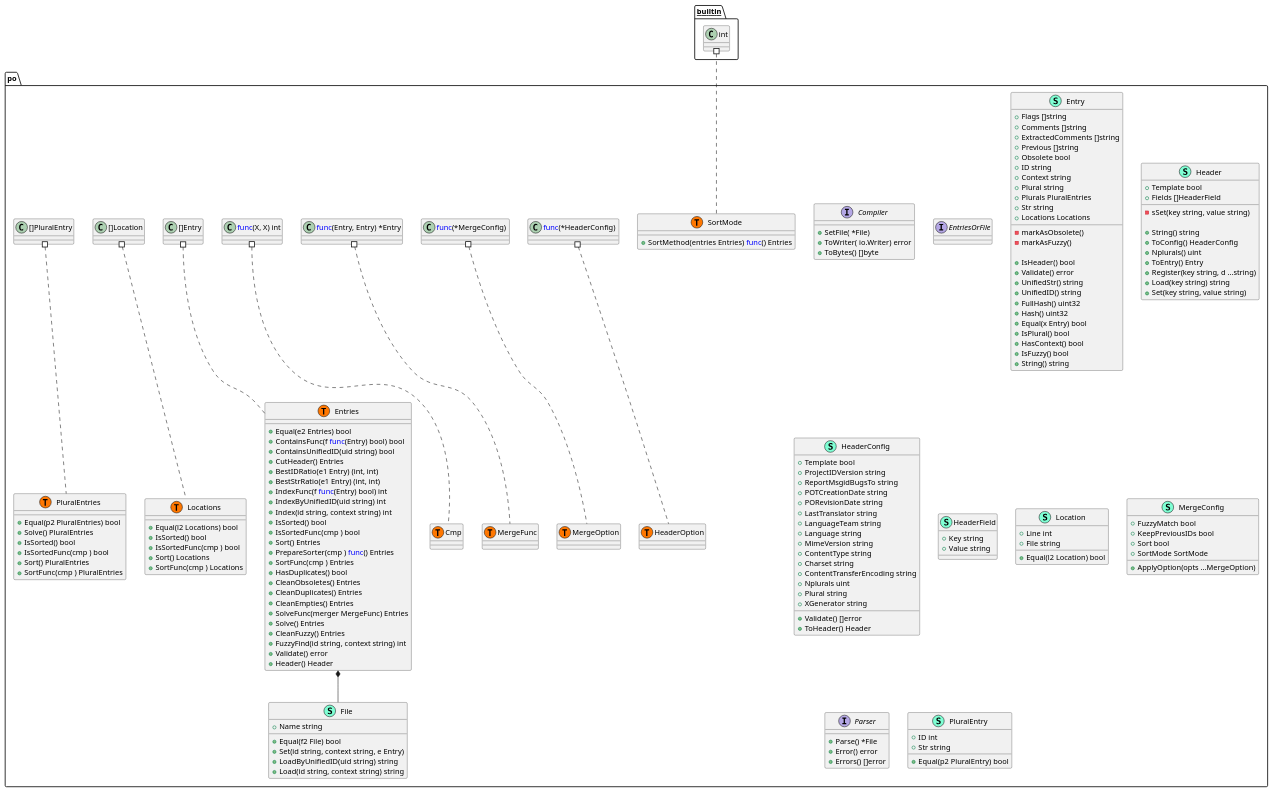
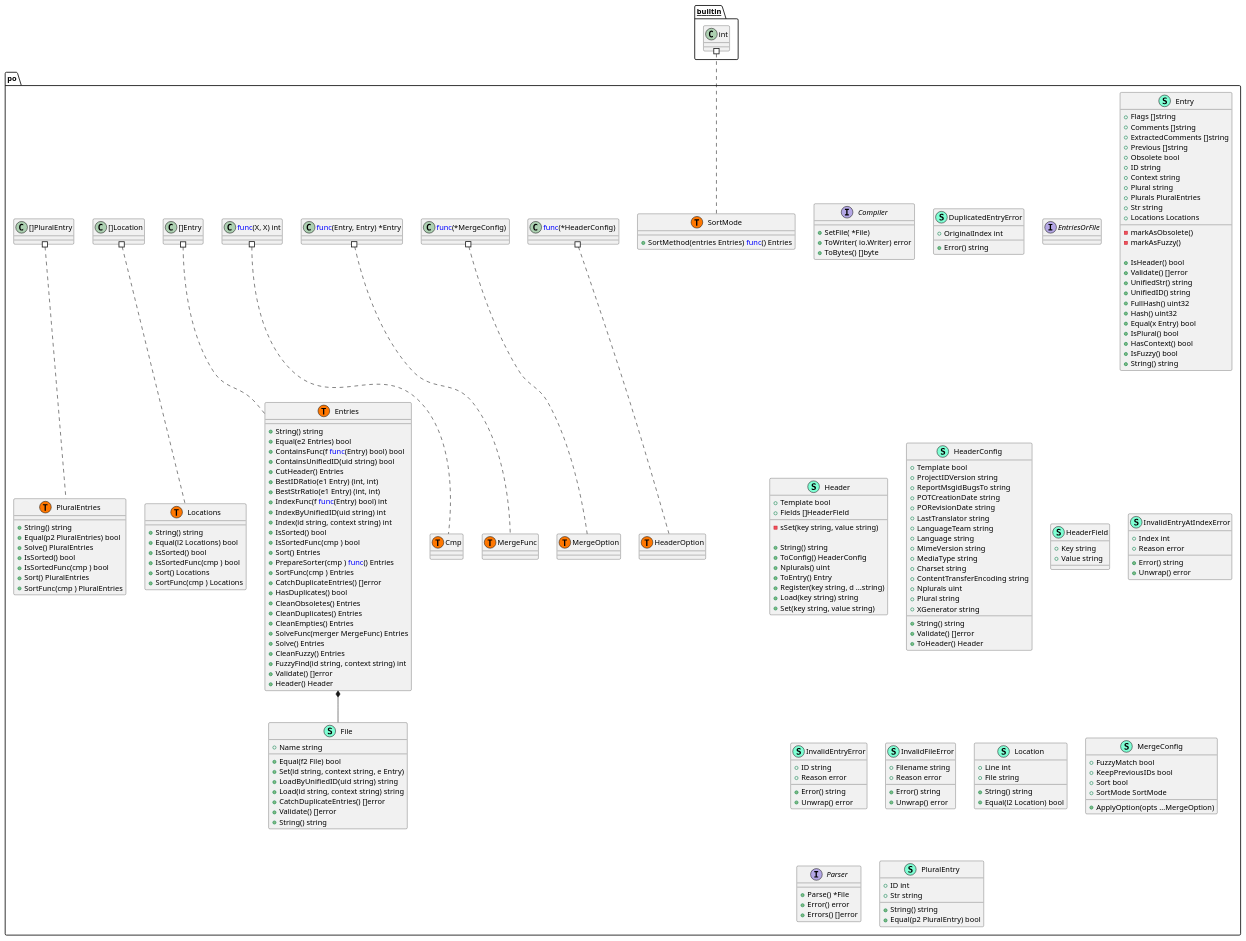
The diagram in pkg/po/structure.puml (Tom5521/gotext-tools), drawn with PlantUML before and after one commit. The commit also changed 1 other file, not shown here.

```diff
--- a/pkg/po/structure.puml
+++ b/pkg/po/structure.puml
@@ -6,7 +6,14 @@
         + ToBytes() []byte
 
     }
+    class DuplicatedEntryError << (S,Aquamarine) >> {
+        + OriginalIndex int
+
+        + Error() string
+
+    }
     class Entries << (S,Aquamarine) >> {
+        + String() string
         + Equal(e2 Entries) bool
         + ContainsFunc(f <font color=blue>func</font>(Entry) bool) bool
         + ContainsUnifiedID(uid string) bool
@@ -21,6 +28,7 @@
         + Sort() Entries
         + PrepareSorter(cmp ) <font color=blue>func</font>() Entries
         + SortFunc(cmp ) Entries
+        + CatchDuplicateEntries() []error
         + HasDuplicates() bool
         + CleanObsoletes() Entries
         + CleanDuplicates() Entries
@@ -29,7 +37,7 @@
         + Solve() Entries
         + CleanFuzzy() Entries
         + FuzzyFind(id string, context string) int
-        + Validate() error
+        + Validate() []error
         + Header() Header
 
     }
@@ -52,7 +60,7 @@
         - markAsFuzzy() 
 
         + IsHeader() bool
-        + Validate() error
+        + Validate() []error
         + UnifiedStr() string
         + UnifiedID() string
         + FullHash() uint32
@@ -71,6 +79,9 @@
         + Set(id string, context string, e Entry) 
         + LoadByUnifiedID(uid string) string
         + Load(id string, context string) string
+        + CatchDuplicateEntries() []error
+        + Validate() []error
+        + String() string
 
     }
     class Header << (S,Aquamarine) >> {
@@ -98,13 +109,14 @@
         + LanguageTeam string
         + Language string
         + MimeVersion string
-        + ContentType string
+        + MediaType string
         + Charset string
         + ContentTransferEncoding string
         + Nplurals uint
         + Plural string
         + XGenerator string
 
+        + String() string
         + Validate() []error
         + ToHeader() Header
 
@@ -114,14 +126,40 @@
         + Value string
 
     }
+    class InvalidEntryAtIndexError << (S,Aquamarine) >> {
+        + Index int
+        + Reason error
+
+        + Error() string
+        + Unwrap() error
+
+    }
+    class InvalidEntryError << (S,Aquamarine) >> {
+        + ID string
+        + Reason error
+
+        + Error() string
+        + Unwrap() error
+
+    }
+    class InvalidFileError << (S,Aquamarine) >> {
+        + Filename string
+        + Reason error
+
+        + Error() string
+        + Unwrap() error
+
+    }
     class Location << (S,Aquamarine) >> {
         + Line int
         + File string
 
+        + String() string
         + Equal(l2 Location) bool
 
     }
     class Locations << (S,Aquamarine) >> {
+        + String() string
         + Equal(l2 Locations) bool
         + IsSorted() bool
         + IsSortedFunc(cmp ) bool
@@ -145,6 +183,7 @@
 
     }
     class PluralEntries << (S,Aquamarine) >> {
+        + String() string
         + Equal(p2 PluralEntries) bool
         + Solve() PluralEntries
         + IsSorted() bool
@@ -157,6 +196,7 @@
         + ID int
         + Str string
 
+        + String() string
         + Equal(p2 PluralEntry) bool
 
     }
```
